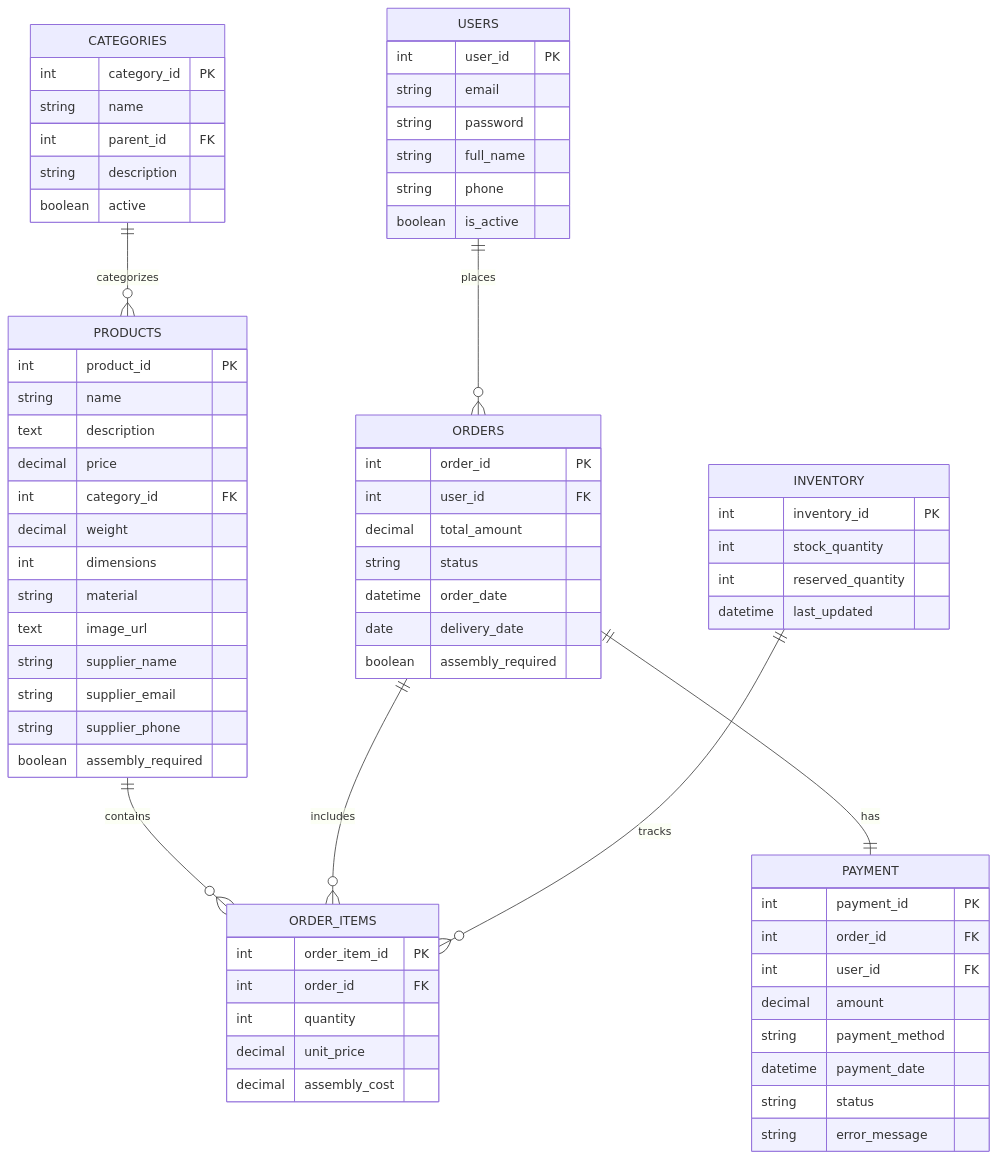
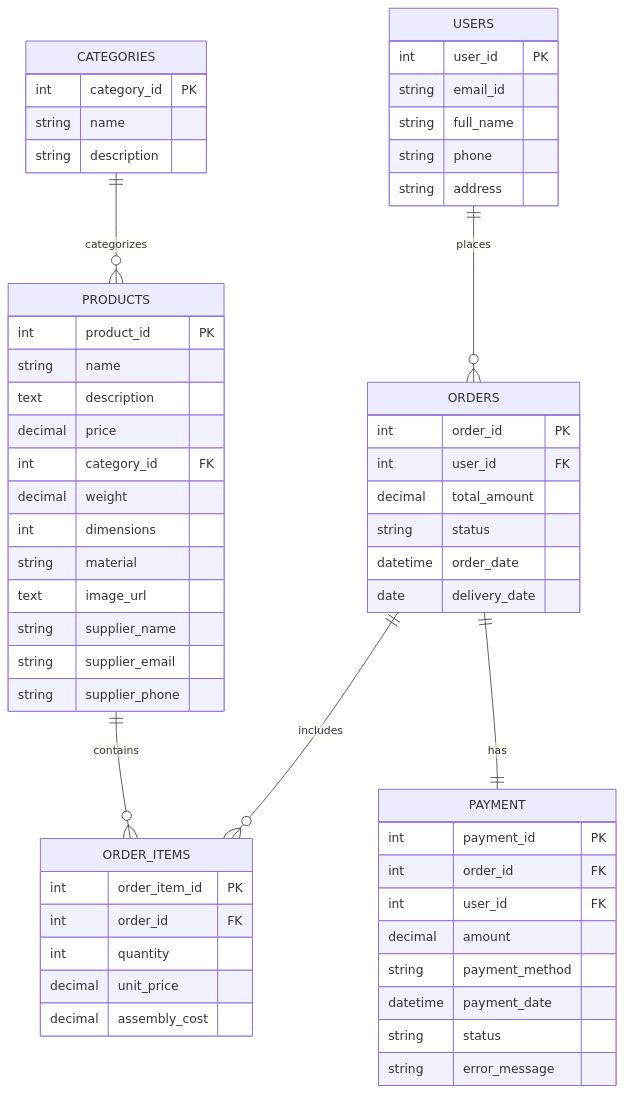
The diagram in furniture_db_diagram.mermaid (Akanksha-codes/furniture-webshop), drawn with Mermaid before and after one commit.

```diff
--- a/furniture_db_diagram.mermaid
+++ b/furniture_db_diagram.mermaid
@@ -1,75 +1,61 @@
 erDiagram
     USERS ||--o{ ORDERS : places
     USERS {
         int user_id PK
-        string email
-        string password
+        string email_id
         string full_name
         string phone
-        boolean is_active
-       
+        string address
     }
 
     PRODUCTS ||--o{ ORDER_ITEMS : contains
     PRODUCTS {
         int product_id PK
         string name
         text description
         decimal price
         int category_id FK
         decimal weight
         int dimensions
         string material
         text image_url
         string supplier_name
         string supplier_email
         string supplier_phone
-        boolean assembly_required
     }
    CATEGORIES ||--o{ PRODUCTS : categorizes
     CATEGORIES {
         int category_id PK
         string name
-        int parent_id FK
         string description
-        boolean active
     }
 
     ORDERS ||--o{ ORDER_ITEMS : includes
     ORDERS ||--|| PAYMENT : has
     ORDERS {
         int order_id PK
         int user_id FK
         decimal total_amount
         string status
         datetime order_date
         date delivery_date
-        boolean assembly_required
     }
 
     PAYMENT {
         int payment_id PK
         int order_id FK
         int user_id FK
         decimal amount
         string payment_method
         datetime payment_date
         string status
         string error_message
     }
 
     ORDER_ITEMS {
         int order_item_id PK
         int order_id FK
         int quantity
         decimal unit_price
         decimal assembly_cost
     }
-
-    INVENTORY ||--o{ ORDER_ITEMS : tracks
-    INVENTORY {
-        int inventory_id PK
-        int stock_quantity
-        int reserved_quantity
-        datetime last_updated
-    }
```
